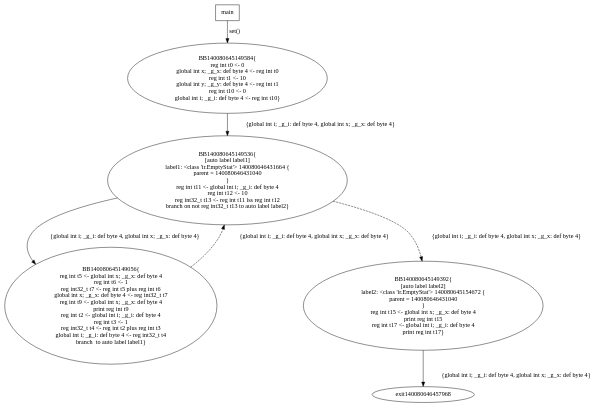
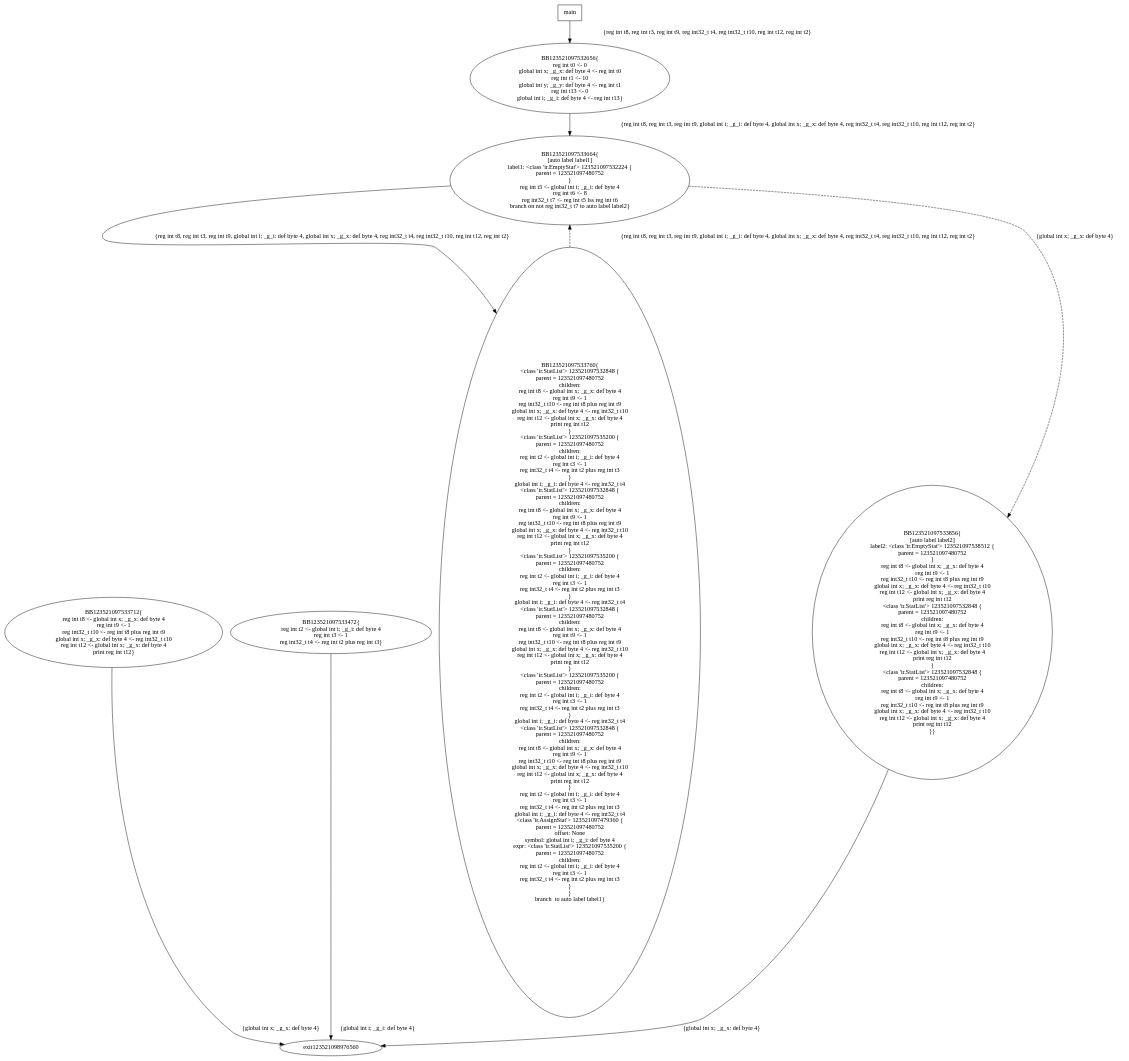
One commit to StefanoBordeianu/COT-Lab changed the diagram in cfg.dot. Above: the diagram before and after it, drawn with Graphviz. The commit also changed 15 other files, not shown here.

```diff
--- a/cfg.dot
+++ b/cfg.dot
@@ -1,17 +1,104 @@
 digraph G {
-140080645149584 [label="BB140080645149584{\nreg int t0 <- 0\nglobal int x; _g_x: def byte 4 <- reg int t0\nreg int t1 <- 10\nglobal int y; _g_y: def byte 4 <- reg int t1\nreg int t10 <- 0\nglobal int i; _g_i: def byte 4 <- reg int t10}"];
-140080645149584 -> 140080645149536 [label="{global int i; _g_i: def byte 4, global int x; _g_x: def byte 4}"];
-140080645149536 [label="BB140080645149536{\n[auto label label1]\nlabel1: <class 'ir.EmptyStat'> 140080646431664 {
-parent = 140080646431040
-}\nreg int t11 <- global int i; _g_i: def byte 4\nreg int t12 <- 10\nreg int32_t t13 <- reg int t11 lss reg int t12\nbranch on not reg int32_t t13 to auto label label2}"];
-140080645149536 -> 140080645149056 [label="{global int i; _g_i: def byte 4, global int x; _g_x: def byte 4}"];
-140080645149536 -> 140080645149392 [style=dashed,label="{global int i; _g_i: def byte 4, global int x; _g_x: def byte 4}"];
-140080645149056 [label="BB140080645149056{\nreg int t5 <- global int x; _g_x: def byte 4\nreg int t6 <- 1\nreg int32_t t7 <- reg int t5 plus reg int t6\nglobal int x; _g_x: def byte 4 <- reg int32_t t7\nreg int t9 <- global int x; _g_x: def byte 4\nprint reg int t9\nreg int t2 <- global int i; _g_i: def byte 4\nreg int t3 <- 1\nreg int32_t t4 <- reg int t2 plus reg int t3\nglobal int i; _g_i: def byte 4 <- reg int32_t t4\nbranch  to auto label label1}"];
-140080645149056 -> 140080645149536 [style=dashed,label="{global int i; _g_i: def byte 4, global int x; _g_x: def byte 4}"];
-140080645149392 [label="BB140080645149392{\n[auto label label2]\nlabel2: <class 'ir.EmptyStat'> 140080645154672 {
-parent = 140080646431040
-}\nreg int t15 <- global int x; _g_x: def byte 4\nprint reg int t15\nreg int t17 <- global int i; _g_i: def byte 4\nprint reg int t17}"];
-140080645149392 -> exit140080646457968 [label="{global int i; _g_i: def byte 4, global int x; _g_x: def byte 4}"];
+123521097533712 [label="BB123521097533712{\nreg int t8 <- global int x; _g_x: def byte 4\nreg int t9 <- 1\nreg int32_t t10 <- reg int t8 plus reg int t9\nglobal int x; _g_x: def byte 4 <- reg int32_t t10\nreg int t12 <- global int x; _g_x: def byte 4\nprint reg int t12}"];
+123521097533712 -> exit123521098976560 [label="{global int x; _g_x: def byte 4}"];
+123521097533472 [label="BB123521097533472{\nreg int t2 <- global int i; _g_i: def byte 4\nreg int t3 <- 1\nreg int32_t t4 <- reg int t2 plus reg int t3}"];
+123521097533472 -> exit123521098976560 [label="{global int i; _g_i: def byte 4}"];
+123521097532656 [label="BB123521097532656{\nreg int t0 <- 0\nglobal int x; _g_x: def byte 4 <- reg int t0\nreg int t1 <- 10\nglobal int y; _g_y: def byte 4 <- reg int t1\nreg int t13 <- 0\nglobal int i; _g_i: def byte 4 <- reg int t13}"];
+123521097532656 -> 123521097533664 [label="{reg int t8, reg int t3, reg int t9, global int i; _g_i: def byte 4, global int x; _g_x: def byte 4, reg int32_t t4, reg int32_t t10, reg int t12, reg int t2}"];
+123521097533664 [label="BB123521097533664{\n[auto label label1]\nlabel1: <class 'ir.EmptyStat'> 123521097532224 {
+parent = 123521097480752
+}\nreg int t5 <- global int i; _g_i: def byte 4\nreg int t6 <- 8\nreg int32_t t7 <- reg int t5 lss reg int t6\nbranch on not reg int32_t t7 to auto label label2}"];
+123521097533664 -> 123521097533760 [label="{reg int t8, reg int t3, reg int t9, global int i; _g_i: def byte 4, global int x; _g_x: def byte 4, reg int32_t t4, reg int32_t t10, reg int t12, reg int t2}"];
+123521097533664 -> 123521097533856 [style=dashed,label="{global int x; _g_x: def byte 4}"];
+123521097533760 [label="BB123521097533760{\n<class 'ir.StatList'> 123521097532848 {
+parent = 123521097480752
+	children:
+	reg int t8 <- global int x; _g_x: def byte 4
+	reg int t9 <- 1
+	reg int32_t t10 <- reg int t8 plus reg int t9
+	global int x; _g_x: def byte 4 <- reg int32_t t10
+	reg int t12 <- global int x; _g_x: def byte 4
+	print reg int t12
+}\n<class 'ir.StatList'> 123521097535200 {
+parent = 123521097480752
+	children:
+	reg int t2 <- global int i; _g_i: def byte 4
+	reg int t3 <- 1
+	reg int32_t t4 <- reg int t2 plus reg int t3
+}\nglobal int i; _g_i: def byte 4 <- reg int32_t t4\n<class 'ir.StatList'> 123521097532848 {
+parent = 123521097480752
+	children:
+	reg int t8 <- global int x; _g_x: def byte 4
+	reg int t9 <- 1
+	reg int32_t t10 <- reg int t8 plus reg int t9
+	global int x; _g_x: def byte 4 <- reg int32_t t10
+	reg int t12 <- global int x; _g_x: def byte 4
+	print reg int t12
+}\n<class 'ir.StatList'> 123521097535200 {
+parent = 123521097480752
+	children:
+	reg int t2 <- global int i; _g_i: def byte 4
+	reg int t3 <- 1
+	reg int32_t t4 <- reg int t2 plus reg int t3
+}\nglobal int i; _g_i: def byte 4 <- reg int32_t t4\n<class 'ir.StatList'> 123521097532848 {
+parent = 123521097480752
+	children:
+	reg int t8 <- global int x; _g_x: def byte 4
+	reg int t9 <- 1
+	reg int32_t t10 <- reg int t8 plus reg int t9
+	global int x; _g_x: def byte 4 <- reg int32_t t10
+	reg int t12 <- global int x; _g_x: def byte 4
+	print reg int t12
+}\n<class 'ir.StatList'> 123521097535200 {
+parent = 123521097480752
+	children:
+	reg int t2 <- global int i; _g_i: def byte 4
+	reg int t3 <- 1
+	reg int32_t t4 <- reg int t2 plus reg int t3
+}\nglobal int i; _g_i: def byte 4 <- reg int32_t t4\n<class 'ir.StatList'> 123521097532848 {
+parent = 123521097480752
+	children:
+	reg int t8 <- global int x; _g_x: def byte 4
+	reg int t9 <- 1
+	reg int32_t t10 <- reg int t8 plus reg int t9
+	global int x; _g_x: def byte 4 <- reg int32_t t10
+	reg int t12 <- global int x; _g_x: def byte 4
+	print reg int t12
+}\nreg int t2 <- global int i; _g_i: def byte 4\nreg int t3 <- 1\nreg int32_t t4 <- reg int t2 plus reg int t3\nglobal int i; _g_i: def byte 4 <- reg int32_t t4\n<class 'ir.AssignStat'> 123521097479360 {
+parent = 123521097480752
+	offset: 	None
+	symbol: 	global int i; _g_i: def byte 4
+	expr: 	<class 'ir.StatList'> 123521097535200 {
+	parent = 123521097480752
+		children:
+		reg int t2 <- global int i; _g_i: def byte 4
+		reg int t3 <- 1
+		reg int32_t t4 <- reg int t2 plus reg int t3
+	}
+}\nbranch  to auto label label1}"];
+123521097533760 -> 123521097533664 [style=dashed,label="{reg int t8, reg int t3, reg int t9, global int i; _g_i: def byte 4, global int x; _g_x: def byte 4, reg int32_t t4, reg int32_t t10, reg int t12, reg int t2}"];
+123521097533856 [label="BB123521097533856{\n[auto label label2]\nlabel2: <class 'ir.EmptyStat'> 123521097538512 {
+parent = 123521097480752
+}\nreg int t8 <- global int x; _g_x: def byte 4\nreg int t9 <- 1\nreg int32_t t10 <- reg int t8 plus reg int t9\nglobal int x; _g_x: def byte 4 <- reg int32_t t10\nreg int t12 <- global int x; _g_x: def byte 4\nprint reg int t12\n<class 'ir.StatList'> 123521097532848 {
+parent = 123521097480752
+	children:
+	reg int t8 <- global int x; _g_x: def byte 4
+	reg int t9 <- 1
+	reg int32_t t10 <- reg int t8 plus reg int t9
+	global int x; _g_x: def byte 4 <- reg int32_t t10
+	reg int t12 <- global int x; _g_x: def byte 4
+	print reg int t12
+}\n<class 'ir.StatList'> 123521097532848 {
+parent = 123521097480752
+	children:
+	reg int t8 <- global int x; _g_x: def byte 4
+	reg int t9 <- 1
+	reg int32_t t10 <- reg int t8 plus reg int t9
+	global int x; _g_x: def byte 4 <- reg int32_t t10
+	reg int t12 <- global int x; _g_x: def byte 4
+	print reg int t12
+}}"];
+123521097533856 -> exit123521098976560 [label="{global int x; _g_x: def byte 4}"];
 main [shape=box];
-main -> 140080645149584 [label="set()"];
+main -> 123521097532656 [label="{reg int t8, reg int t3, reg int t9, reg int32_t t4, reg int32_t t10, reg int t12, reg int t2}"];
 }
```
